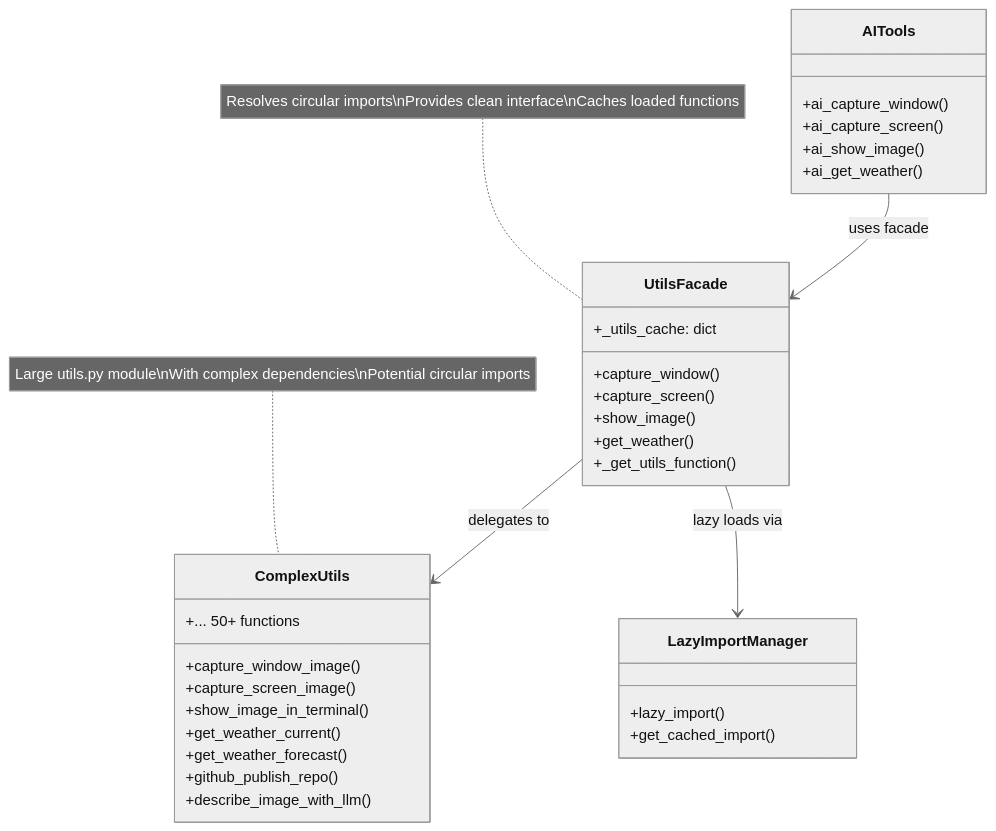
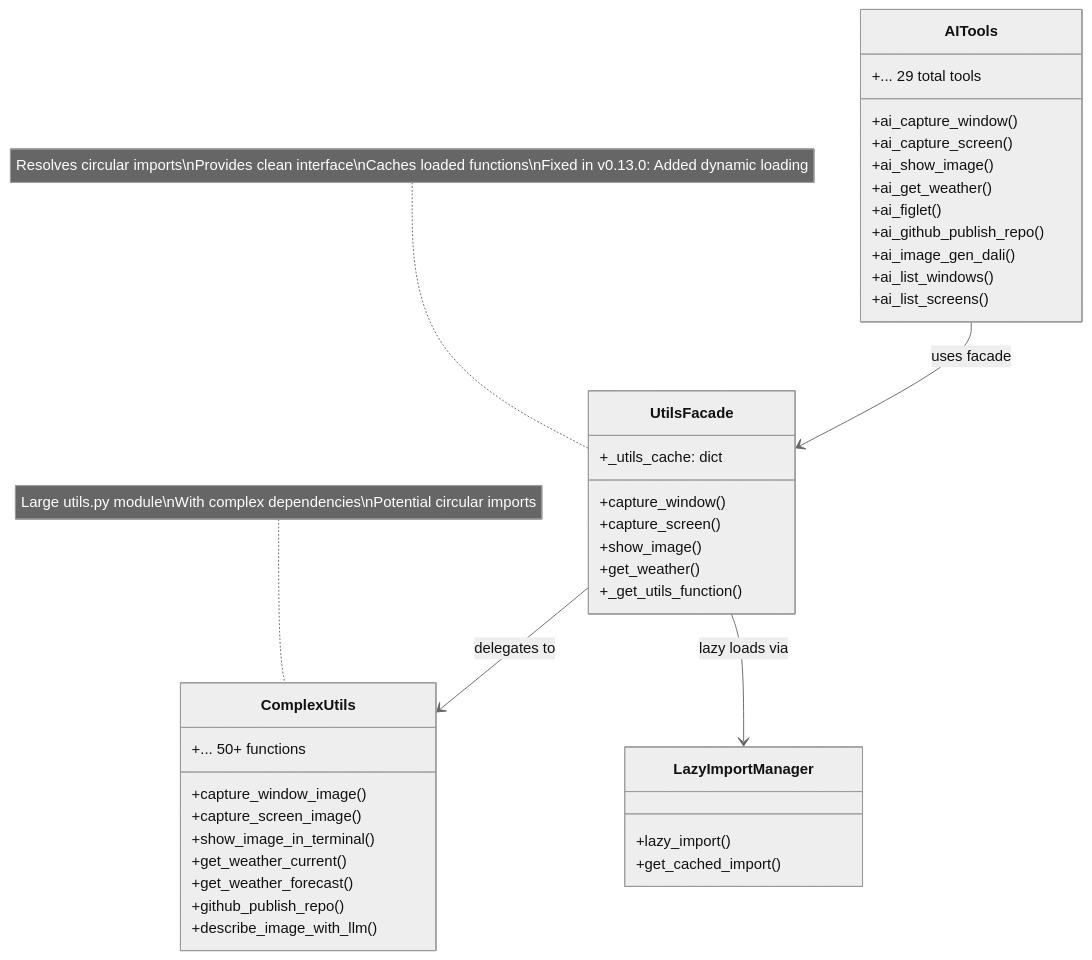
The fourth of 13 diagrams in ARCHITECTURE.md (paulrobello/par_gpt), drawn with Mermaid (neutral theme) before and after one commit. The commit also changed 10 other files, not shown here.

````diff
--- a/ARCHITECTURE.md
+++ b/ARCHITECTURE.md
@@ -229,41 +229,47 @@
 ```mermaid
 classDiagram
     class AITools {
         +ai_capture_window()
         +ai_capture_screen()
         +ai_show_image()
         +ai_get_weather()
+        +ai_figlet()
+        +ai_github_publish_repo()
+        +ai_image_gen_dali()
+        +ai_list_windows()
+        +ai_list_screens()
+        +... 29 total tools
     }
     
     class UtilsFacade {
         +capture_window()
         +capture_screen()
         +show_image()
         +get_weather()
         +_get_utils_function()
         +_utils_cache: dict
     }
     
     class ComplexUtils {
         +capture_window_image()
         +capture_screen_image()
         +show_image_in_terminal()
         +get_weather_current()
         +get_weather_forecast()
         +github_publish_repo()
         +describe_image_with_llm()
         +... 50+ functions
     }
     
     class LazyImportManager {
         +lazy_import()
         +get_cached_import()
     }
     
     AITools --> UtilsFacade : uses facade
     UtilsFacade --> ComplexUtils : delegates to
     UtilsFacade --> LazyImportManager : lazy loads via
     
-    note for UtilsFacade "Resolves circular imports\nProvides clean interface\nCaches loaded functions"
+    note for UtilsFacade "Resolves circular imports\nProvides clean interface\nCaches loaded functions\nFixed in v0.13.0: Added dynamic loading"
     note for ComplexUtils "Large utils.py module\nWith complex dependencies\nPotential circular imports"
 ```
````
